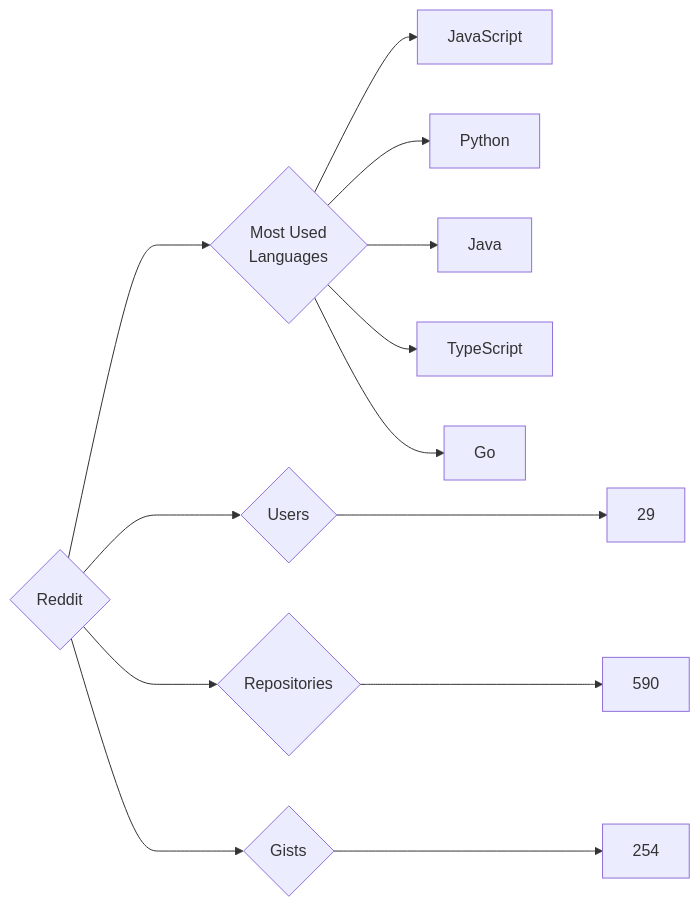
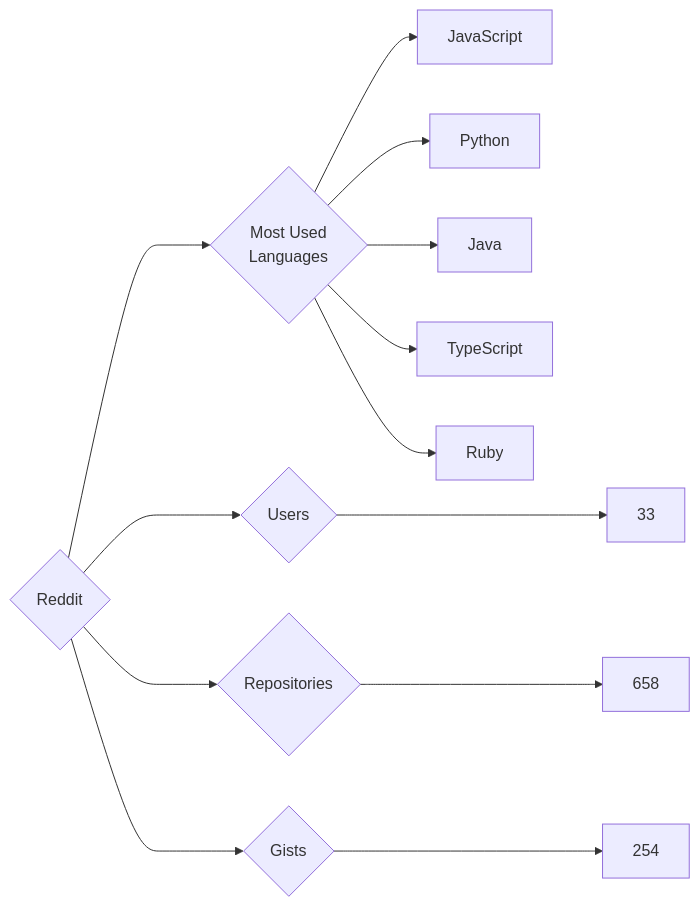
One commit to trickest/insiders changed the diagram in targets/Reddit/README.md. Above: the diagram before and after it, drawn with Mermaid. The commit also changed 823 other files, not shown here.

````diff
--- a/targets/Reddit/README.md
+++ b/targets/Reddit/README.md
@@ -3,13 +3,13 @@
 ```mermaid
 graph LR
 COMPANY_NAME{Reddit}
-COMPANY_NAME ---> U{Users} ---> UN[29]
-COMPANY_NAME ---> R{Repositories} ---> RN[590]
+COMPANY_NAME ---> U{Users} ---> UN[33]
+COMPANY_NAME ---> R{Repositories} ---> RN[658]
 COMPANY_NAME ---> G{Gists} ---> GN[254]
 COMPANY_NAME ---> ML{Most Used<br>Languages}
 ML --> JavaScript[JavaScript]
 ML --> Python[Python]
 ML --> Java[Java]
 ML --> TypeScript[TypeScript]
-ML --> Go[Go]
+ML --> Ruby[Ruby]
 ```
````
